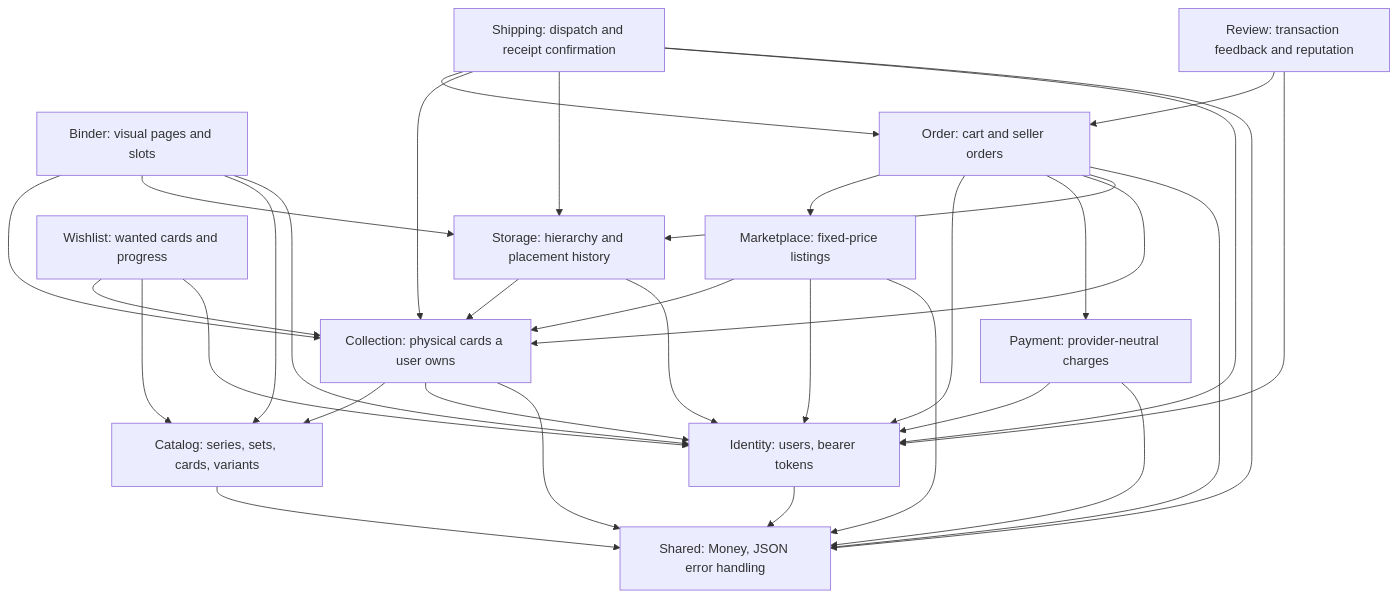
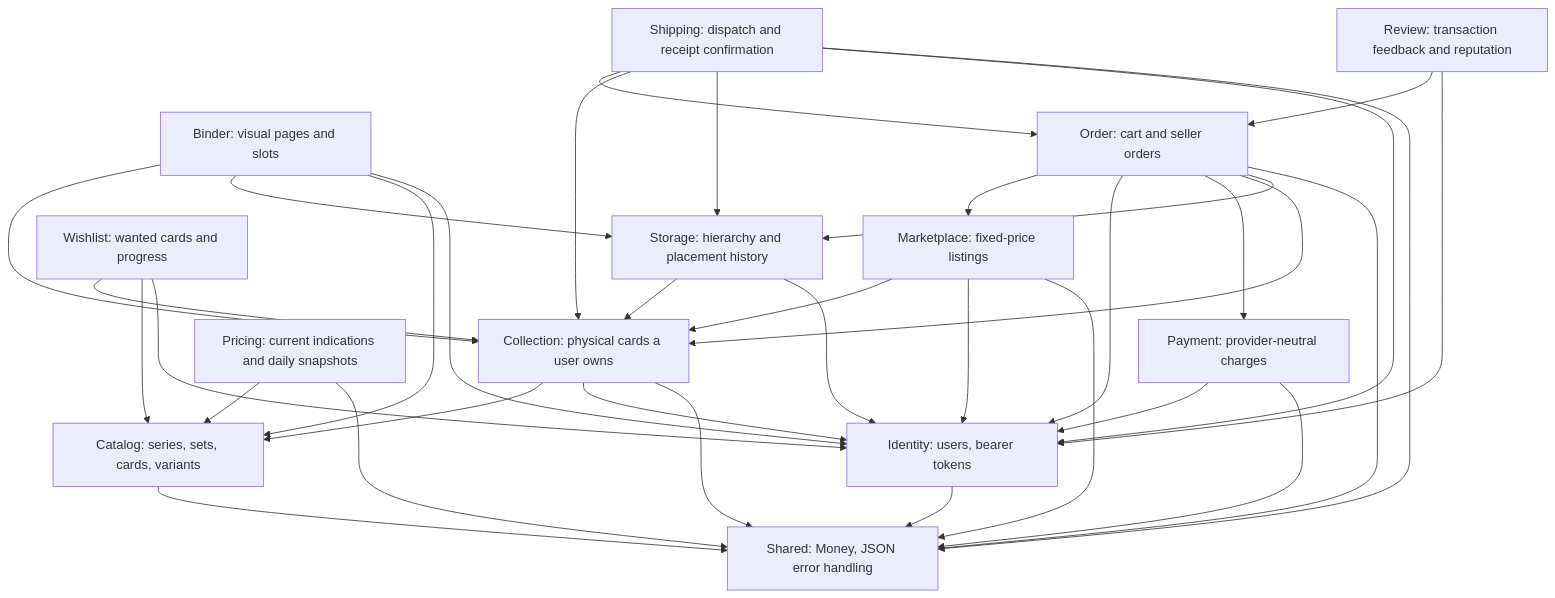
Before and after one commit to Jelmer-Ketelaar/CardNest: the third of 7 diagrams in docs/architecture.md, drawn with Mermaid. The commit also changed other lines of this file and 90 other files, not shown here.

````diff
--- a/docs/architecture.md
+++ b/docs/architecture.md
@@ -65,48 +71,51 @@
 ```mermaid
 flowchart TD
     Identity[Identity: users, bearer tokens]
     Catalog[Catalog: series, sets, cards, variants]
     Collection[Collection: physical cards a user owns]
     Storage[Storage: hierarchy and placement history]
     Binder[Binder: visual pages and slots]
     Wishlist[Wishlist: wanted cards and progress]
     Marketplace[Marketplace: fixed-price listings]
     Order[Order: cart and seller orders]
     Payment[Payment: provider-neutral charges]
     Shipping[Shipping: dispatch and receipt confirmation]
     Review[Review: transaction feedback and reputation]
+    Pricing[Pricing: current indications and daily snapshots]
     Shared[Shared: Money, JSON error handling]
 
     Collection --> Catalog
     Collection --> Identity
     Storage --> Collection
     Storage --> Identity
     Binder --> Collection
     Binder --> Storage
     Binder --> Catalog
     Binder --> Identity
     Wishlist --> Collection
     Wishlist --> Catalog
     Wishlist --> Identity
     Marketplace --> Collection
     Marketplace --> Identity
     Marketplace --> Shared
     Order --> Marketplace
     Order --> Identity
     Order --> Payment
     Order --> Collection
     Order --> Storage
     Order --> Shared
     Shipping --> Order
     Shipping --> Collection
     Shipping --> Storage
     Shipping --> Identity
     Shipping --> Shared
     Review --> Order
     Review --> Identity
+    Pricing --> Catalog
+    Pricing --> Shared
     Payment --> Identity
     Payment --> Shared
     Catalog --> Shared
     Collection --> Shared
     Identity --> Shared
 ```
````
